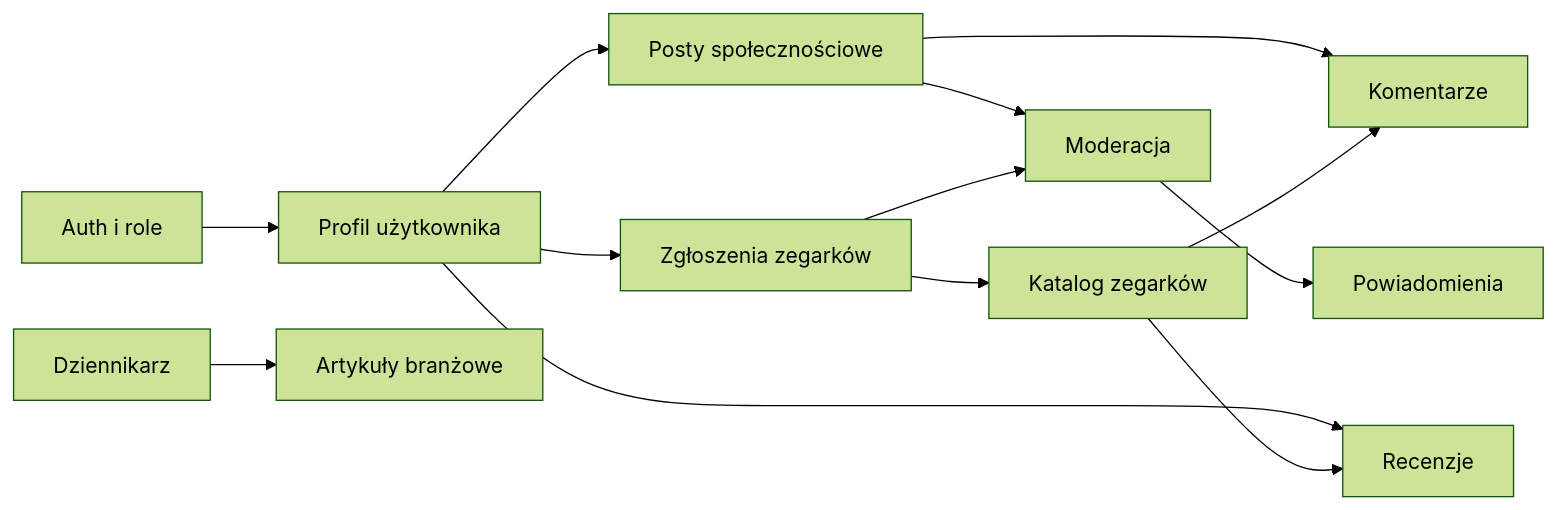
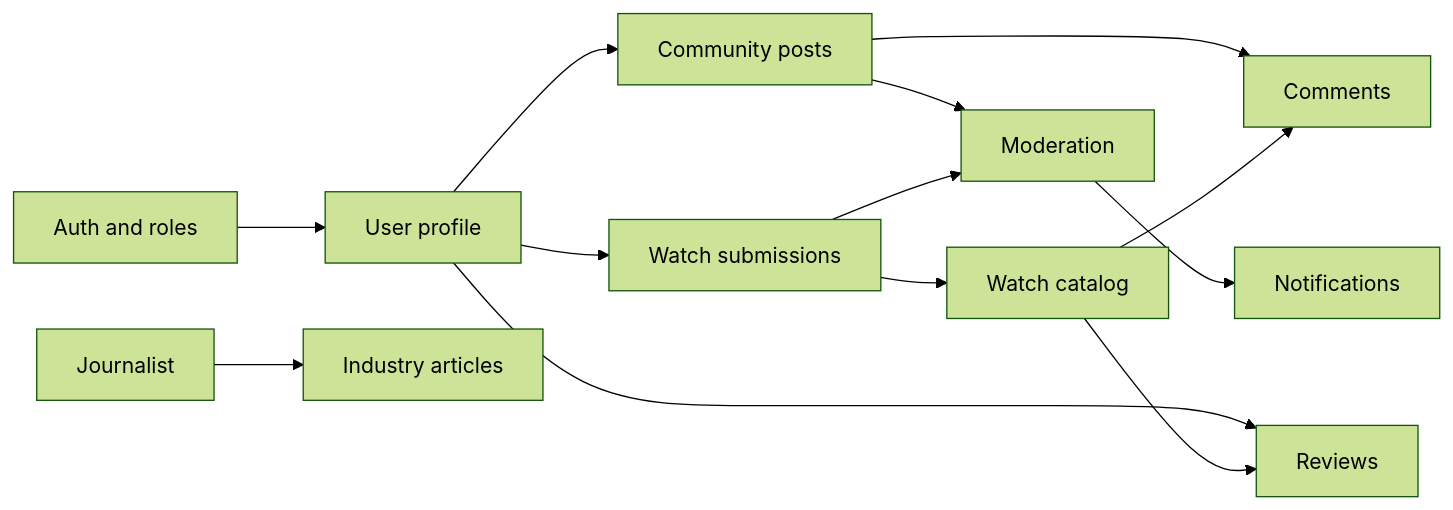
The diagram in README.md (stanislaw-kopec/WatchWeb), drawn with Mermaid (forest theme) before and after one commit. The commit also changed other lines of this file, not shown here.

````diff
--- a/README.md
+++ b/README.md
@@ -99,15 +100,15 @@
 ```mermaid
 flowchart LR
-    Auth[Auth i role] --> User[Profil użytkownika]
-    User --> Posts[Posty społecznościowe]
-    User --> Reviews[Recenzje]
-    User --> WatchSubmissions[Zgłoszenia zegarków]
-    Posts --> Comments[Komentarze]
-    Posts --> Moderation[Moderacja]
+    Auth[Auth and roles] --> User[User profile]
+    User --> Posts[Community posts]
+    User --> Reviews[Reviews]
+    User --> WatchSubmissions[Watch submissions]
+    Posts --> Comments[Comments]
+    Posts --> Moderation[Moderation]
     WatchSubmissions --> Moderation
-    Moderation --> Notifications[Powiadomienia]
-    WatchSubmissions --> Catalog[Katalog zegarków]
+    Moderation --> Notifications[Notifications]
+    WatchSubmissions --> Catalog[Watch catalog]
     Catalog --> Reviews
     Catalog --> Comments
-    Journalist[Dziennikarz] --> Articles[Artykuły branżowe]
+    Journalist[Journalist] --> Articles[Industry articles]
 ```
````
